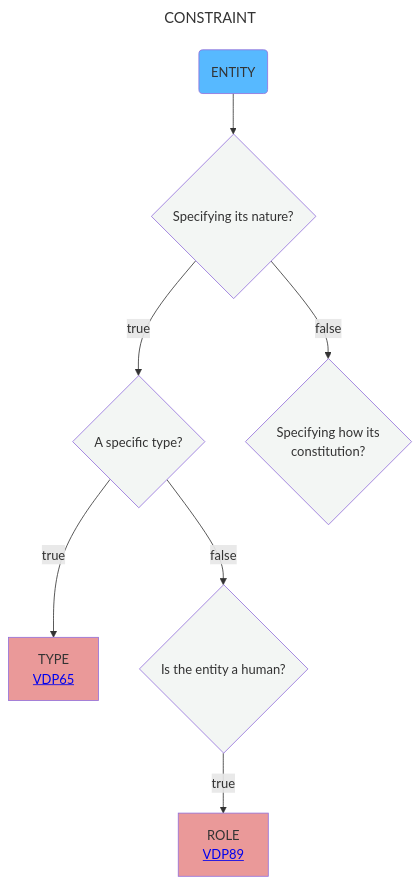
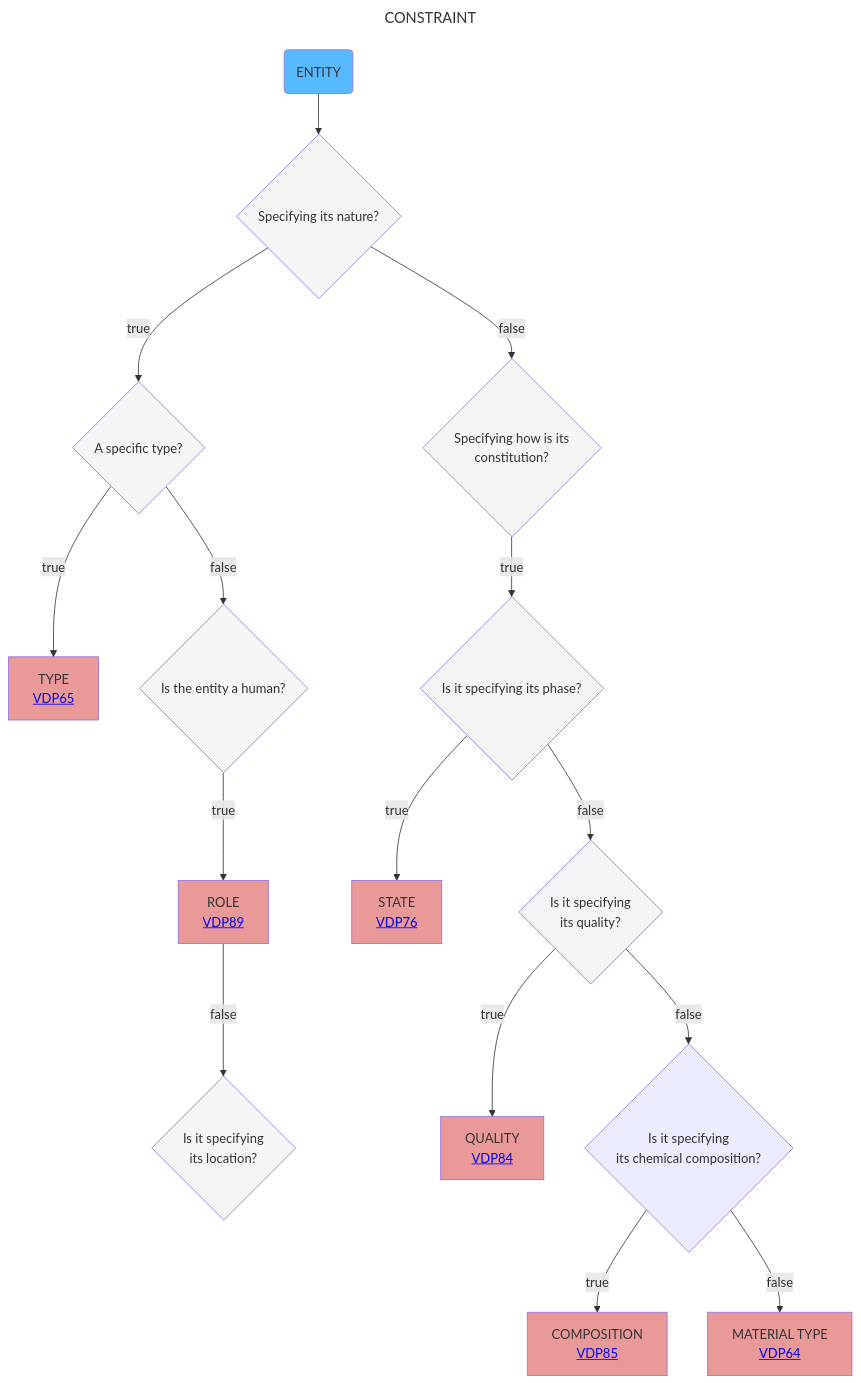
One commit to mabablue/I-ADOPT-patterns-playground changed the diagram in Decisition_trees/DT8.mmd. Above: the diagram before and after it, drawn with Mermaid.

```diff
--- a/Decisition_trees/DT8.mmd
+++ b/Decisition_trees/DT8.mmd
@@ -1,17 +1,24 @@
 ---
 title: CONSTRAINT
 ---
 flowchart TD
     A(ENTITY):::satblue  --> AB{Specifying its nature?}:::white
     AB --> |true|B{A specific type?}:::white
-    AB --> |false|E{Specifying how its <br> constitution?}:::white
+    AB --> |false|E{Specifying how is its <br> constitution?}:::white
     B --> |true|C[TYPE <br> <a href='https://github.com/mabablue/I-ADOPT-patterns-playground/blob/main/pattern/VDP65.yaml'>VDP65</a>]:::rose
     B --> |false|D{Is the entity a human?}:::white
     D --> |true|F[ROLE <br> <a href='https://github.com/mabablue/I-ADOPT-patterns-playground/blob/main/pattern/VDP89.yaml'>VDP89</a>]:::rose
-
+    E --> |true|G{Is it specifying its phase?}:::white
+    F --> |false|R{Is it specifying <br> its location?}:::white
+    G --> |true|H[STATE <br> <a href='https://github.com/mabablue/I-ADOPT-patterns-playground/blob/main/pattern/VDP76.yaml'>VDP76</a>]:::rose
+    G --> |false|I{Is it specifying <br> its quality?}:::white
+    I --> |true|K[QUALITY <br> <a href='https://github.com/mabablue/I-ADOPT-patterns-playground/blob/main/pattern/VDP84.yaml'>VDP84</a>]:::rose
+    I --> |false|L{Is it specifying <br> its chemical composition?}
+    L --> |true|M[COMPOSITION <br> <a href='https://github.com/mabablue/I-ADOPT-patterns-playground/blob/main/pattern/VDP85.yaml'>VDP85</a>]:::rose
+    L --> |false|N[MATERIAL TYPE <br> <a href='https://github.com/mabablue/I-ADOPT-patterns-playground/blob/main/pattern/VDP64.yaml'>VDP64</a>]:::rose
    
    classDef blue fill:#90D5FF
    classDef satblue fill:#57B9FF 
    classDef white fill:#f3f6f4
    classDef green fill:#6aa84f
    classDef rose fill:#ea9999
```
